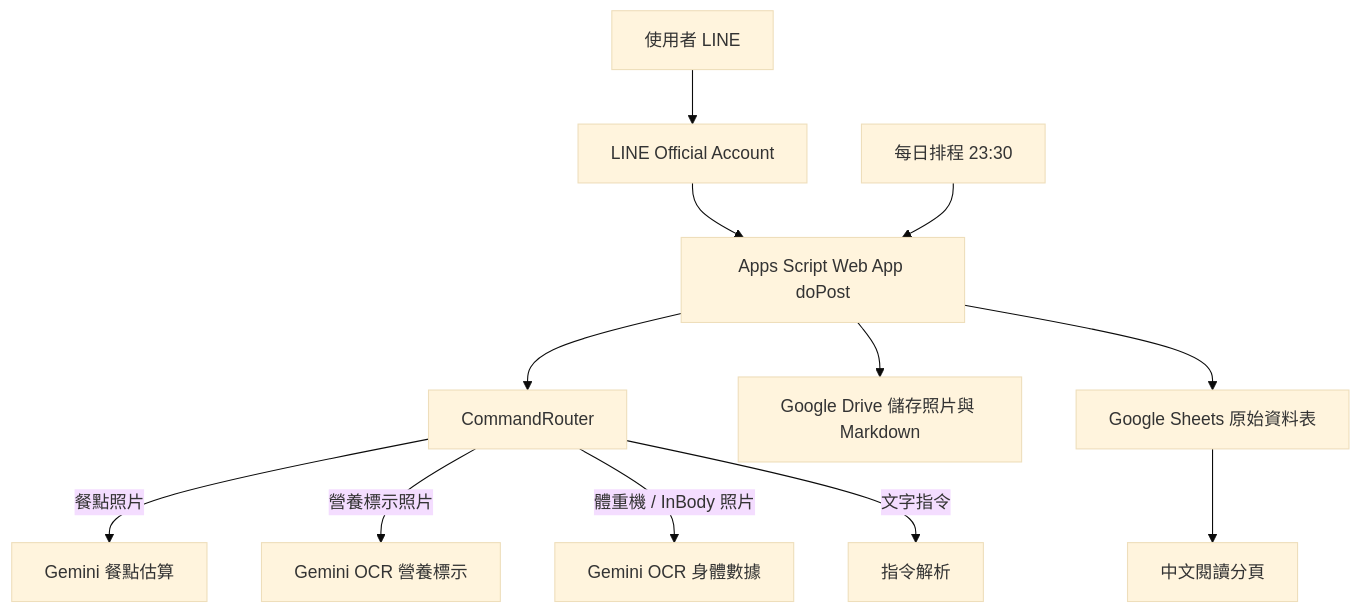
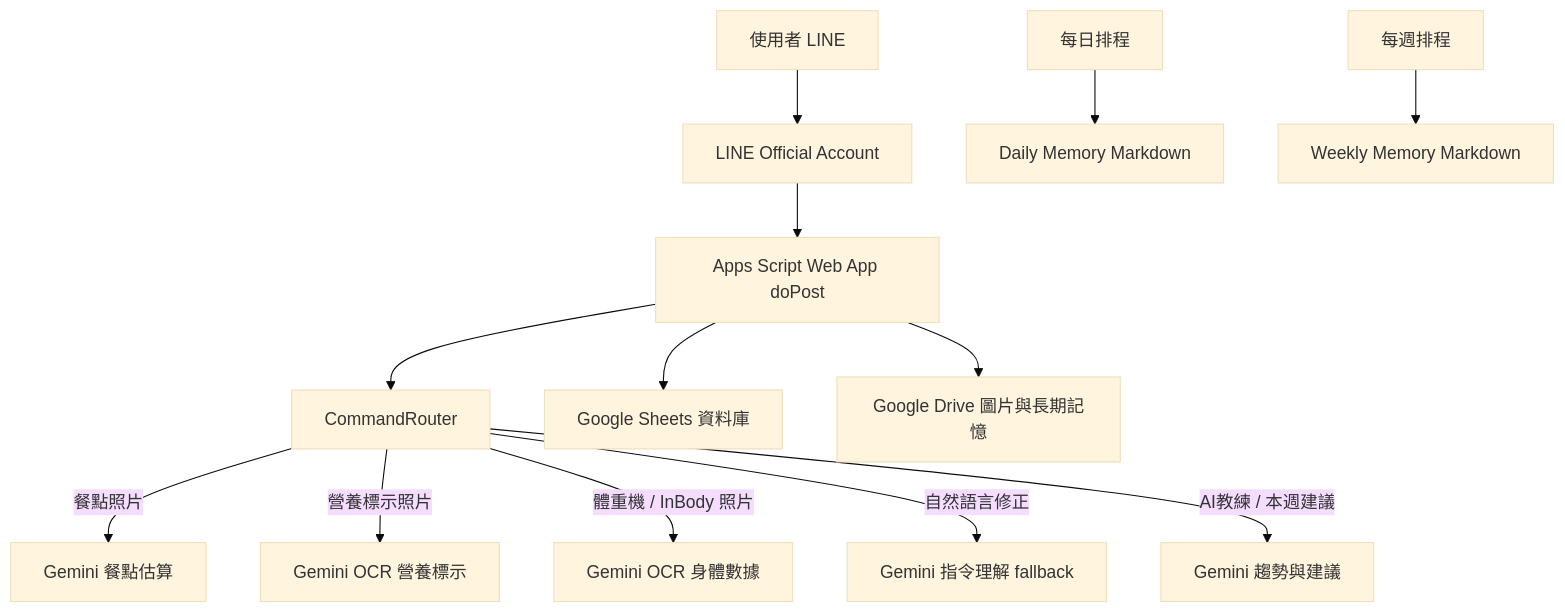
The diagram in docs/LINE_BOT_Codex_協作部署教學.md (NicheSam/line-calorie-bot), drawn with Mermaid (base theme) before and after one commit. The commit also changed other lines of this file and 1 other file, not shown here.

````diff
--- a/docs/LINE_BOT_Codex_協作部署教學.md
+++ b/docs/LINE_BOT_Codex_協作部署教學.md
@@ -29,14 +46,15 @@
 ```mermaid
 flowchart TD
   U["使用者 LINE"] --> L["LINE Official Account"]
   L --> W["Apps Script Web App doPost"]
   W --> R["CommandRouter"]
-  R -->|餐點照片| G1["Gemini 餐點估算"]
-  R -->|營養標示照片| G2["Gemini OCR 營養標示"]
-  R -->|體重機 / InBody 照片| G3["Gemini OCR 身體數據"]
-  R -->|文字指令| C["指令解析"]
-  W --> D["Google Drive 儲存照片與 Markdown"]
-  W --> S["Google Sheets 原始資料表"]
-  S --> V["中文閱讀分頁"]
-  M["每日排程 23:30"] --> W
+  R -->|餐點照片| GM1["Gemini 餐點估算"]
+  R -->|營養標示照片| GM2["Gemini OCR 營養標示"]
+  R -->|體重機 / InBody 照片| GM3["Gemini OCR 身體數據"]
+  R -->|自然語言修正| GM4["Gemini 指令理解 fallback"]
+  R -->|AI教練 / 本週建議| GM5["Gemini 趨勢與建議"]
+  W --> S["Google Sheets 資料庫"]
+  W --> D["Google Drive 圖片與長期記憶"]
+  T1["每日排程"] --> M1["Daily Memory Markdown"]
+  T2["每週排程"] --> M2["Weekly Memory Markdown"]
 ```
````
